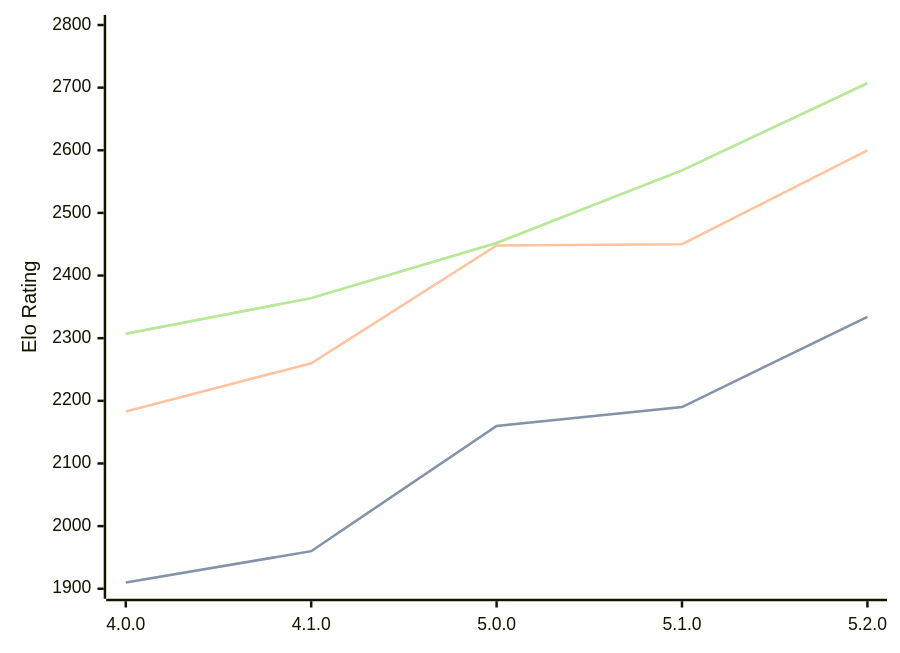
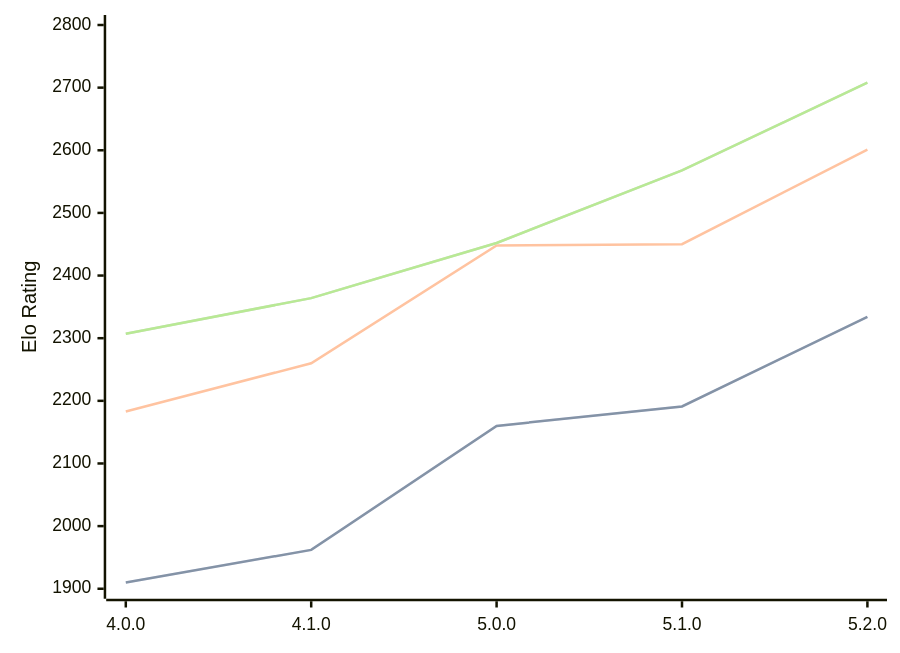
The diagram in engines/Aconcagua.md (computer-chess-index/cci), drawn with Mermaid before and after one commit. The commit also changed other lines of this file, not shown here.

Commit message:
Update CCI Ratings (ELO VLTC) - 2026-09-02

````diff
--- a/engines/Aconcagua.md
+++ b/engines/Aconcagua.md
@@ -35,11 +35,11 @@
 ```mermaid
 %%{init: {"theme":"base","themeVariables":{"seriesColors:['#a3a3a3','#222221','#faa371']}}}%%
 xychart-beta
   x-axis ["4.0.0", "4.1.0", "5.0.0", "5.1.0", "5.2.0"]
   y-axis "Elo Rating" 1900 --> 2800
-  line "" [1910, 1960, 2160, 2190, 2334]
-  line "STC (8.0+0.08s)" [1910, 1960, 2160, 2190, 2334]
-  line "LTC (60.0+0.60s)" [2183, 2260, 2448, 2450, 2600]
-  line "" [2307, 2364, 2452, 2568, 2707]
-  line "VLTC (2m24s+1.12s)" [2307, 2364, 2452, 2568, 2707]
+  line "" [1910, 1962, 2160, 2191, 2334]
+  line "STC (8.0+0.08s)" [1910, 1962, 2160, 2191, 2334]
+  line "LTC (60.0+0.60s)" [2183, 2260, 2448, 2450, 2601]
+  line "" [2307, 2364, 2452, 2568, 2708]
+  line "VLTC (2m24s+1.12s)" [2307, 2364, 2452, 2568, 2708]
 ```
````
